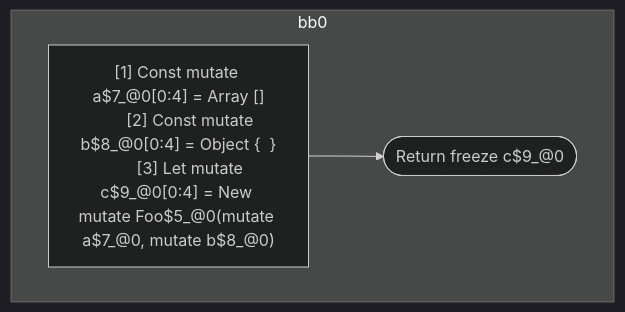
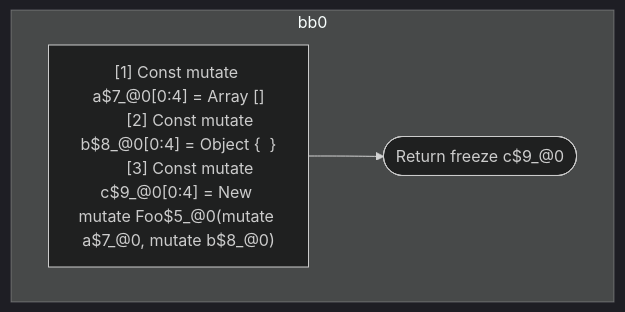
One commit to wutsmog/private changed the second of 2 diagrams in compiler/forget/src/__tests__/fixtures/hir/ssa-newexpression.expect.md. Above: the diagram before and after it, drawn with Mermaid (dark theme). The commit also changed other lines of this file and 61 other files, not shown here.

````diff
--- a/compiler/forget/src/__tests__/fixtures/hir/ssa-newexpression.expect.md
+++ b/compiler/forget/src/__tests__/fixtures/hir/ssa-newexpression.expect.md
@@ -56,15 +56,15 @@
 ```mermaid
 flowchart TB
   %% Basic Blocks
   subgraph bb0
     bb0_instrs["
       [1] Const mutate a$7_@0[0:4] = Array []
       [2] Const mutate b$8_@0[0:4] = Object {  }
-      [3] Let mutate c$9_@0[0:4] = New mutate Foo$5_@0(mutate a$7_@0, mutate b$8_@0)
+      [3] Const mutate c$9_@0[0:4] = New mutate Foo$5_@0(mutate a$7_@0, mutate b$8_@0)
     "]
     bb0_instrs --> bb0_terminal(["Return freeze c$9_@0"])
   end
 
   %% Jumps
   %% empty
 ```
````
